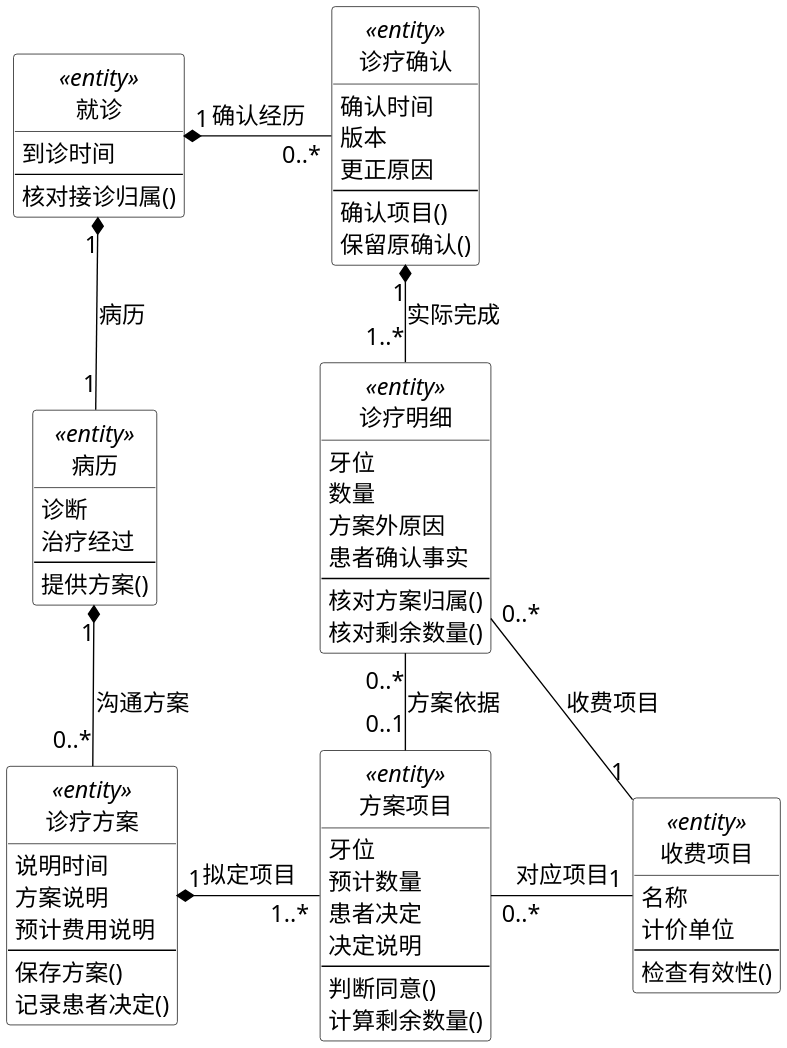
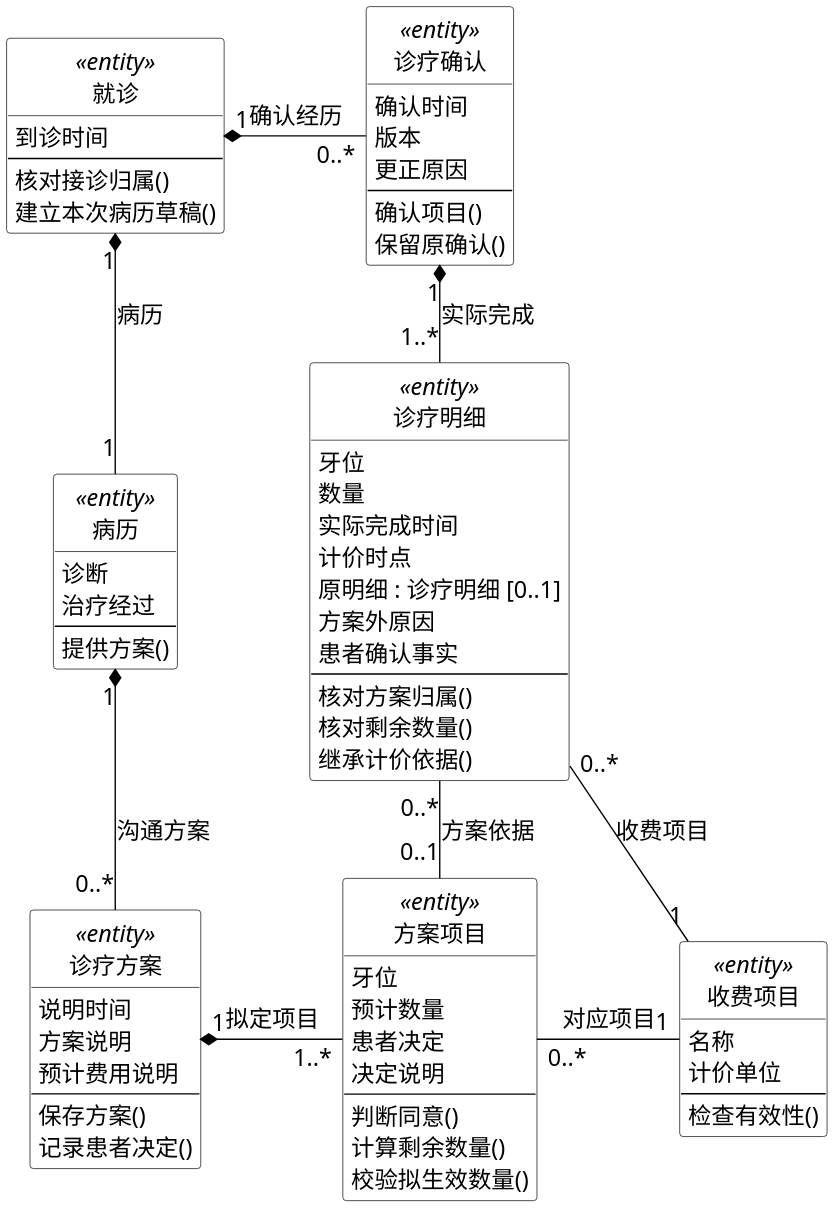
Before and after one commit to Shawmc-creator/systemAnalyseAndDesign: the diagram in 01-需求文档/diagrams/12b-analysis-plan-entities.puml, drawn with PlantUML. The commit also changed 50 other files, not shown here.

Commit message:
Revise requirements document and analysis diagrams

```diff
--- a/01-需求文档/diagrams/12b-analysis-plan-entities.puml
+++ b/01-需求文档/diagrams/12b-analysis-plan-entities.puml
@@ -1,78 +1,84 @@
 @startuml
 skinparam backgroundColor white
 skinparam shadowing false
 skinparam defaultFontName SimSun
 skinparam defaultFontSize 17
 skinparam dpi 200
 skinparam ArrowColor black
 skinparam class {
  BackgroundColor white
  BorderColor black
  FontColor black
 }
 skinparam classAttributeIconSize 0
 hide circle
 top to bottom direction
 skinparam nodesep 35
 skinparam ranksep 45
 class "就诊" as V <<entity>> {
  到诊时间
  --
  核对接诊归属()
+ 建立本次病历草稿()
 }
 class "病历" as R <<entity>> {
  诊断
  治疗经过
  --
  提供方案()
 }
 class "诊疗方案" as P <<entity>> {
  说明时间
  方案说明
  预计费用说明
  --
  保存方案()
  记录患者决定()
 }
 class "方案项目" as I <<entity>> {
  牙位
  预计数量
  患者决定
  决定说明
  --
  判断同意()
  计算剩余数量()
+ 校验拟生效数量()
 }
 class "收费项目" as S <<entity>> {
  名称
  计价单位
  --
  检查有效性()
 }
 class "诊疗确认" as C <<entity>> {
  确认时间
  版本
  更正原因
  --
  确认项目()
  保留原确认()
 }
 class "诊疗明细" as T <<entity>> {
  牙位
  数量
+ 实际完成时间
+ 计价时点
+ 原明细 : 诊疗明细 [0..1]
  方案外原因
  患者确认事实
  --
  核对方案归属()
  核对剩余数量()
+ 继承计价依据()
 }
 V "1" *-down- "1" R : 病历
 R "1" *-down- "0..*" P : 沟通方案
 P "1" *-right- "1..*" I : 拟定项目
 I "0..*" -right- "1" S : 对应项目
 V "1" *-right- "0..*" C : 确认经历
 C "1" *-down- "1..*" T : 实际完成
 T "0..*" -down- "0..1" I : 方案依据
 T "0..*" -- "1" S : 收费项目
 
 @enduml
```
